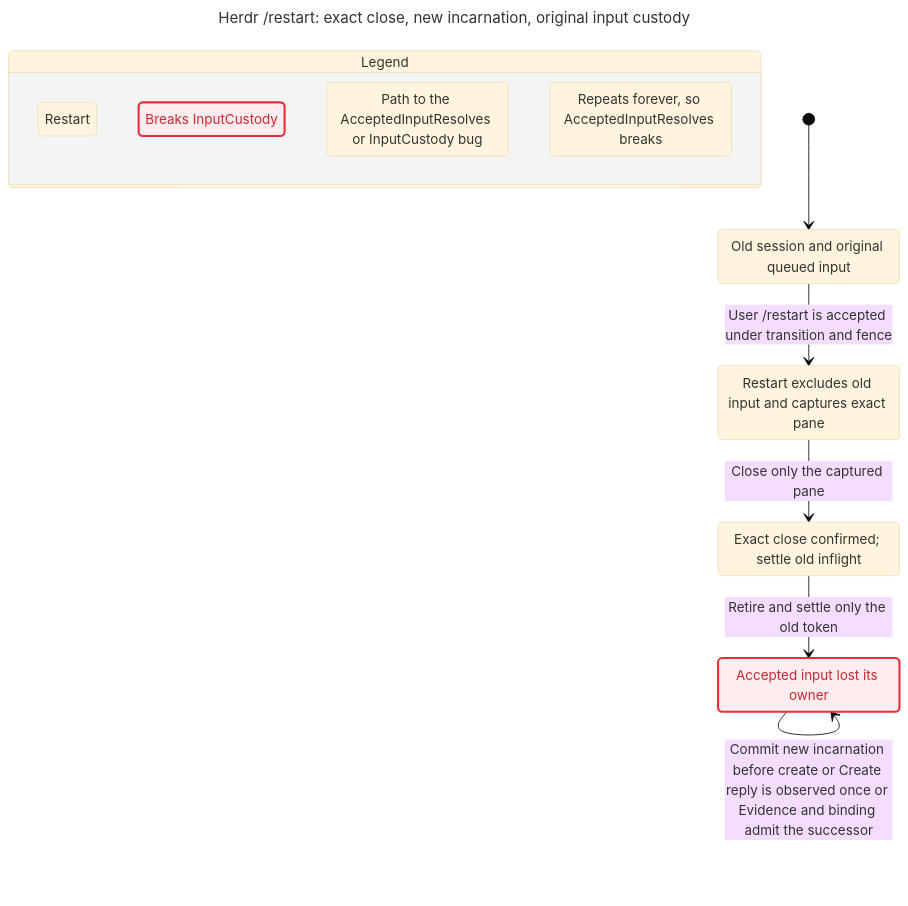
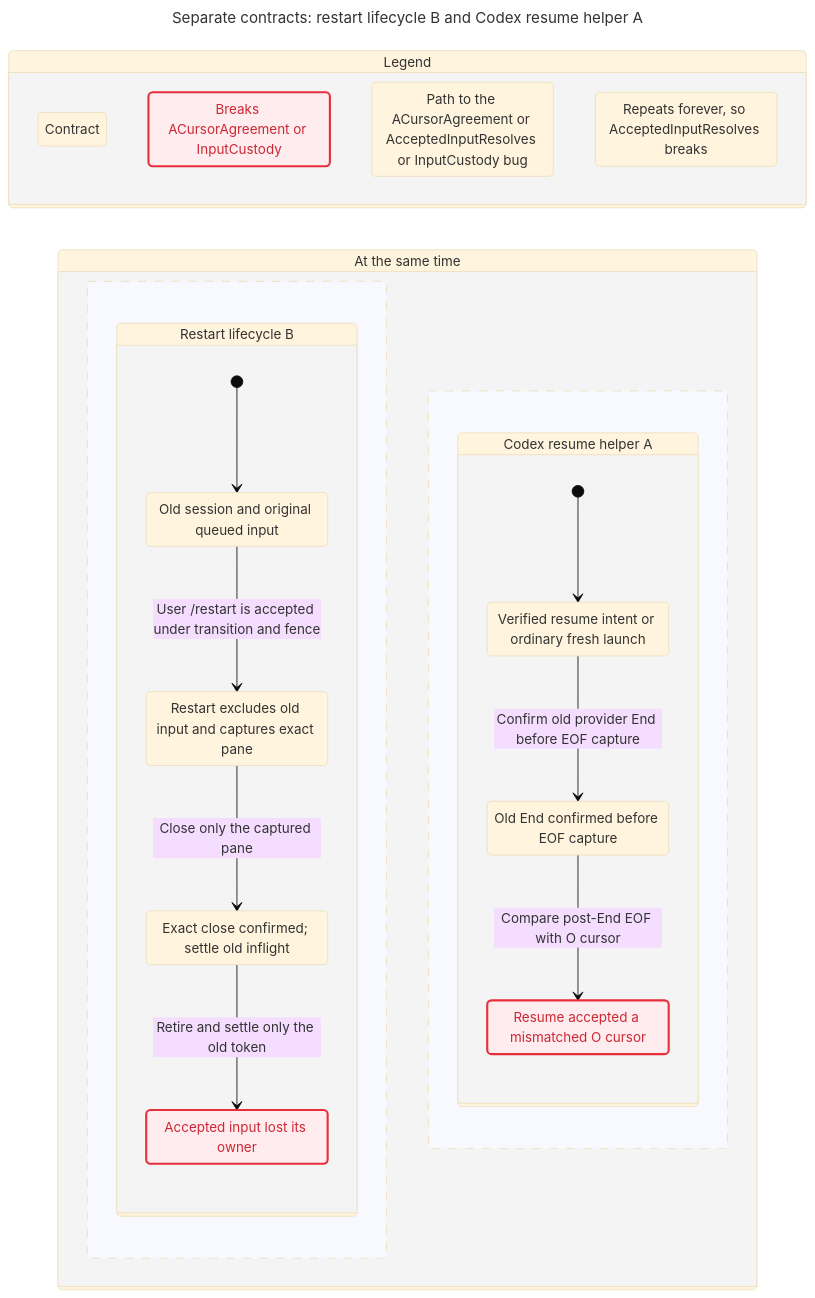
Before and after one commit to itismyfield/AgentDesk: the diagram in docs/statecharts/session-lifecycle/herdr-restart-DropQueue.chart.mmd, drawn with Mermaid (base theme). The commit also changed 185 other files, not shown here.

First line of the commit message:
feat: preserve explicit Codex Herdr resume boundaries

```diff
--- a/docs/statecharts/session-lifecycle/herdr-restart-DropQueue.chart.mmd
+++ b/docs/statecharts/session-lifecycle/herdr-restart-DropQueue.chart.mmd
@@ -1,33 +1,55 @@
 ---
-title: "Herdr /restart: exact close, new incarnation, original input custody"
+title: "Separate contracts: restart lifecycle B and Codex resume helper A"
 ---
 stateDiagram-v2
+  direction LR
   state "Legend" as legend {
-    lg0: Restart
-    lg1: Breaks InputCustody
-    lg2: Path to the AcceptedInputResolves or InputCustody bug
+    lg0: Contract
+    lg1: Breaks ACursorAgreement or InputCustody
+    lg2: Path to the ACursorAgreement or AcceptedInputResolves or InputCustody bug
     lg3: Repeats forever, so AcceptedInputResolves breaks
   }
   class lg0 blue
   class lg1 breaks
   class lg2 bugPath
   class lg3 repeats
-  s0: Old session and original queued input
-  s1: Restart excludes old input and captures exact pane
-  s2: Exact close confirmed#59; settle old inflight
-  s3: Accepted input lost its owner
-  [*] --> s0
-  s0 --> s1: User /restart is accepted under transition and fence
-  s1 --> s2: Close only the captured pane
-  s2 --> s3: Retire and settle only the old token
-  s3 --> s3: Commit new incarnation before create or Create reply is observed once or Evidence and binding admit the successor
+  state "At the same time" as all {
+    state "Restart lifecycle B" as r0 {
+      s0: Old session and original queued input
+      s1: Restart excludes old input and captures exact pane
+      s2: Exact close confirmed#59; settle old inflight
+      s3: Accepted input lost its owner
+      [*] --> s0
+      s0 --> s1: User /restart is accepted under transition and fence
+      s1 --> s2: Close only the captured pane
+      s2 --> s3: Retire and settle only the old token
+    }
+    --
+    state "Codex resume helper A" as r1 {
+      s4: Verified resume intent or ordinary fresh launch
+      s5: Old End confirmed before EOF capture
+      s6: Resume accepted a mismatched O cursor
+      [*] --> s4
+      s4 --> s5: Confirm old provider End before EOF capture
+      s5 --> s6: Compare post-End EOF with O cursor
+    }
+  }
   classDef breaks fill:#ffecee,stroke:#e72e3b,stroke-width:2.5px,color:#cd2834
   class s0 blue
   class s0 bugPath
   class s1 blue
   class s1 bugPath
   class s2 blue
   class s2 bugPath
+  class s3 blue
   class s3 breaks
   class s3 bugPath
   class s3 repeats
+  class s4 blue
+  class s4 bugPath
+  class s5 blue
+  class s5 bugPath
+  class s6 blue
+  class s6 breaks
+  class s6 bugPath
+  class s6 repeats
```
